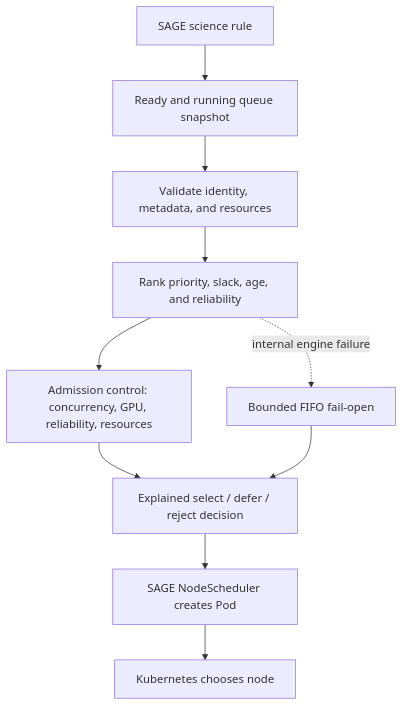
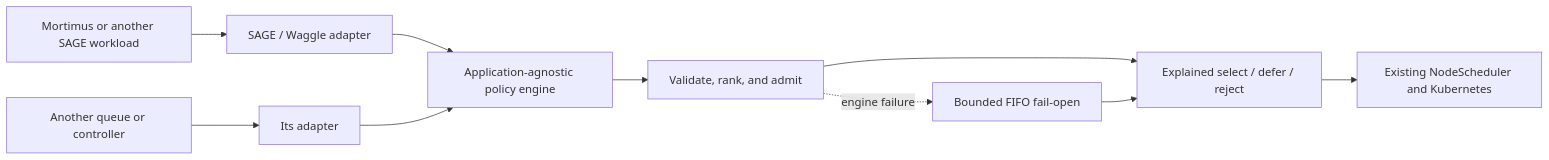
The first of 2 diagrams in project.md (NunesClement/classroom-notes.md), drawn with Mermaid before and after one commit. The commit also changed other lines of this file and 15 other files, not shown here.

````diff
--- a/project.md
+++ b/project.md
@@ -95,12 +106,12 @@
 ```mermaid
-flowchart TD
-    A["SAGE science rule"] --> B["Ready and running queue snapshot"]
-    B --> C["Validate identity, metadata, and resources"]
-    C --> D["Rank priority, slack, age, and reliability"]
-    D --> E["Admission control: concurrency, GPU, reliability, resources"]
-    E --> F["Explained select / defer / reject decision"]
-    F --> G["SAGE NodeScheduler creates Pod"]
-    G --> H["Kubernetes chooses node"]
-    D -. "internal engine failure" .-> I["Bounded FIFO fail-open"]
-    I --> F
+flowchart LR
+    A["Mortimus or another SAGE workload"] --> B["SAGE / Waggle adapter"]
+    X["Another queue or controller"] --> Y["Its adapter"]
+    B --> C["Application-agnostic policy engine"]
+    Y --> C
+    C --> D["Validate, rank, and admit"]
+    D --> E["Explained select / defer / reject"]
+    E --> F["Existing NodeScheduler and Kubernetes"]
+    D -. "engine failure" .-> G["Bounded FIFO fail-open"]
+    G --> E
 ```
````
